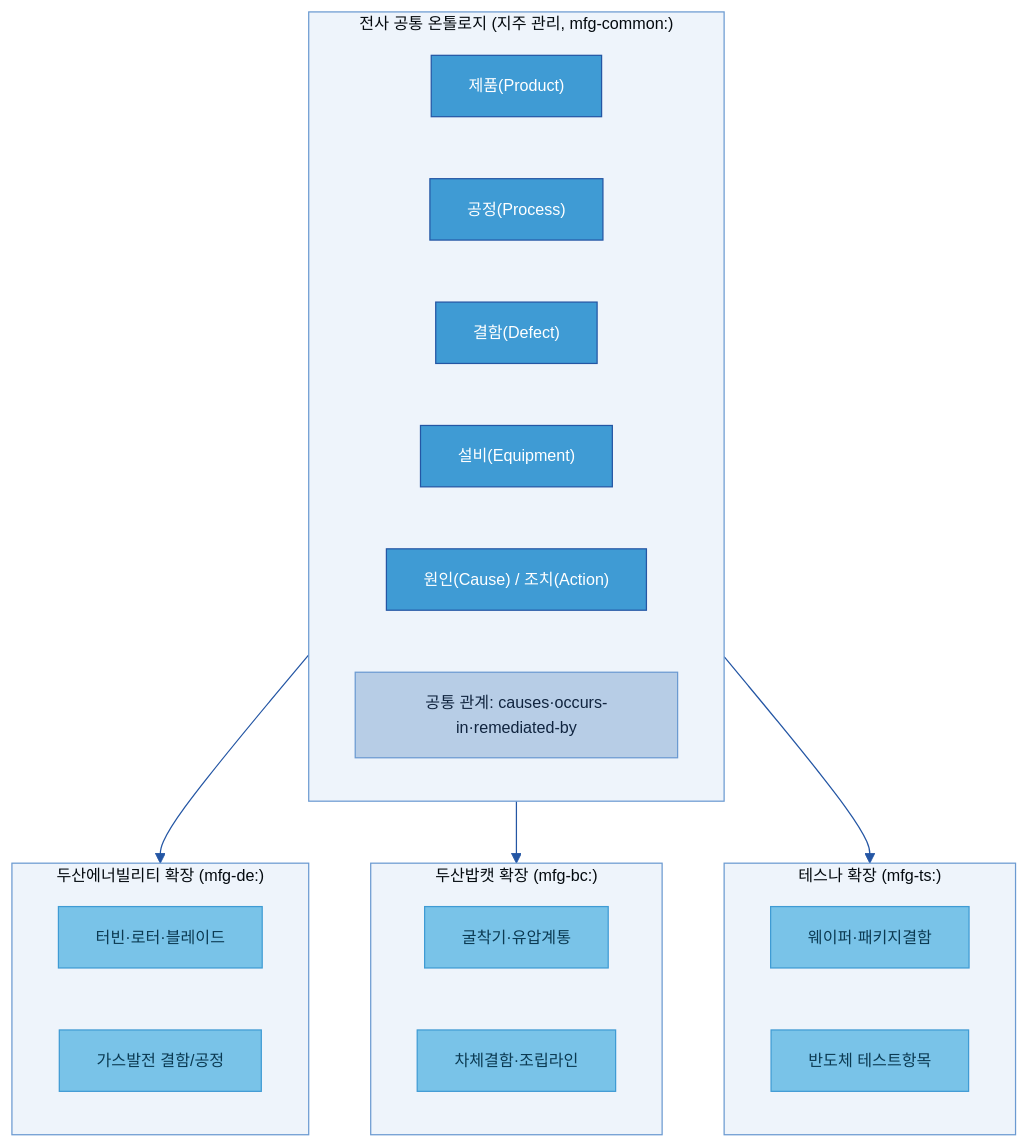
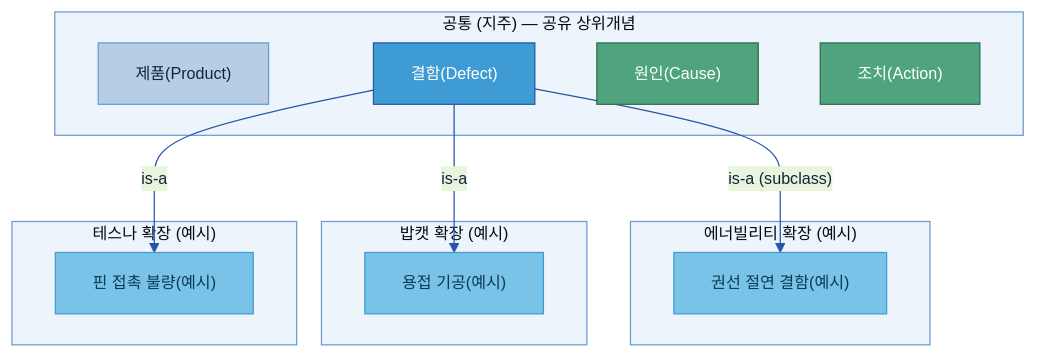
Before and after one commit to jin-kearney/ai-ready-data-manual: the seventh of 14 diagrams in 가이드 작성/B-3 온톨로지/B-3 온톨로지.md, drawn with Mermaid. The commit also changed other lines of this file and 2 other files, not shown here.

````diff
--- a/가이드 작성/B-3 온톨로지/B-3 온톨로지.md
+++ b/가이드 작성/B-3 온톨로지/B-3 온톨로지.md
@@ -492,33 +509,26 @@
 ```mermaid
 %%{init: {'theme':'base','themeVariables':{'primaryColor':'#DCE8F5','primaryBorderColor':'#2456A4','primaryTextColor':'#10243f','lineColor':'#2456A4','clusterBkg':'#EEF4FB','clusterBorder':'#6B9AD1','fontSize':'13px'}}}%%
 flowchart TB
-    subgraph COMMON["전사 공통 온톨로지 (지주 관리, mfg-common:)"]
-        CP["제품(Product)"]:::gate
-        CC["공정(Process)"]:::gate
-        CD["결함(Defect)"]:::gate
-        CE["설비(Equipment)"]:::gate
-        CA["원인(Cause) / 조치(Action)"]:::gate
-        CR["공통 관계: causes·occurs-in·remediated-by"]:::n
+    subgraph COMMON["공통 (지주) — 공유 상위개념"]
+        P["제품(Product)"]:::n
+        D["결함(Defect)"]:::gate
+        CA["원인(Cause)"]:::loop
+        AC["조치(Action)"]:::loop
     end
-    subgraph ENBL["두산에너빌리티 확장 (mfg-de:)"]
-        E1["터빈·로터·블레이드"]:::src
-        E2["가스발전 결함/공정"]:::src
+    subgraph EN["에너빌리티 확장 (예시)"]
+        EN2["권선 절연 결함(예시)"]:::src
     end
-    subgraph BOB["두산밥캣 확장 (mfg-bc:)"]
-        B1["굴착기·유압계통"]:::src
-        B2["차체결함·조립라인"]:::src
+    subgraph BC["밥캣 확장 (예시)"]
+        BC2["용접 기공(예시)"]:::src
     end
-    subgraph TESNA["테스나 확장 (mfg-ts:)"]
-        T1["웨이퍼·패키지결함"]:::src
-        T2["반도체 테스트항목"]:::src
+    subgraph TS["테스나 확장 (예시)"]
+        TS2["핀 접촉 불량(예시)"]:::src
     end
-    COMMON --> ENBL
-    COMMON --> BOB
-    COMMON --> TESNA
-
+    D -->|"is-a (subclass)"| EN2
+    D -->|"is-a"| BC2
+    D -->|"is-a"| TS2
     classDef n fill:#B7CDE6,stroke:#6B9AD1,color:#10243f;
+    classDef gate fill:#3F9BD4,stroke:#2456A4,color:#fff;
     classDef src fill:#79C3E8,stroke:#3F9BD4,color:#0b3a52;
-    classDef gate fill:#3F9BD4,stroke:#2456A4,color:#fff;
-    classDef cat fill:#2456A4,color:#fff,stroke:#163a73,stroke-width:2px;
     classDef loop fill:#4FA47D,stroke:#2f6b50,color:#fff;
 ```
````
